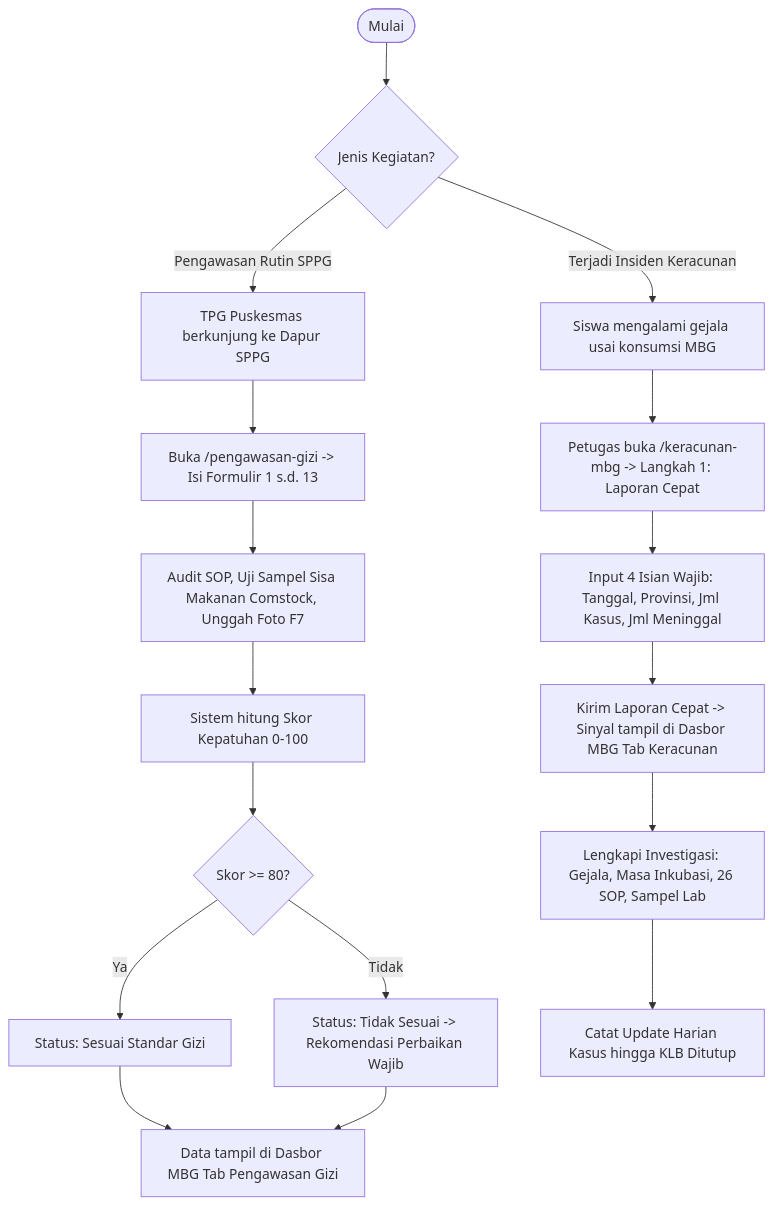
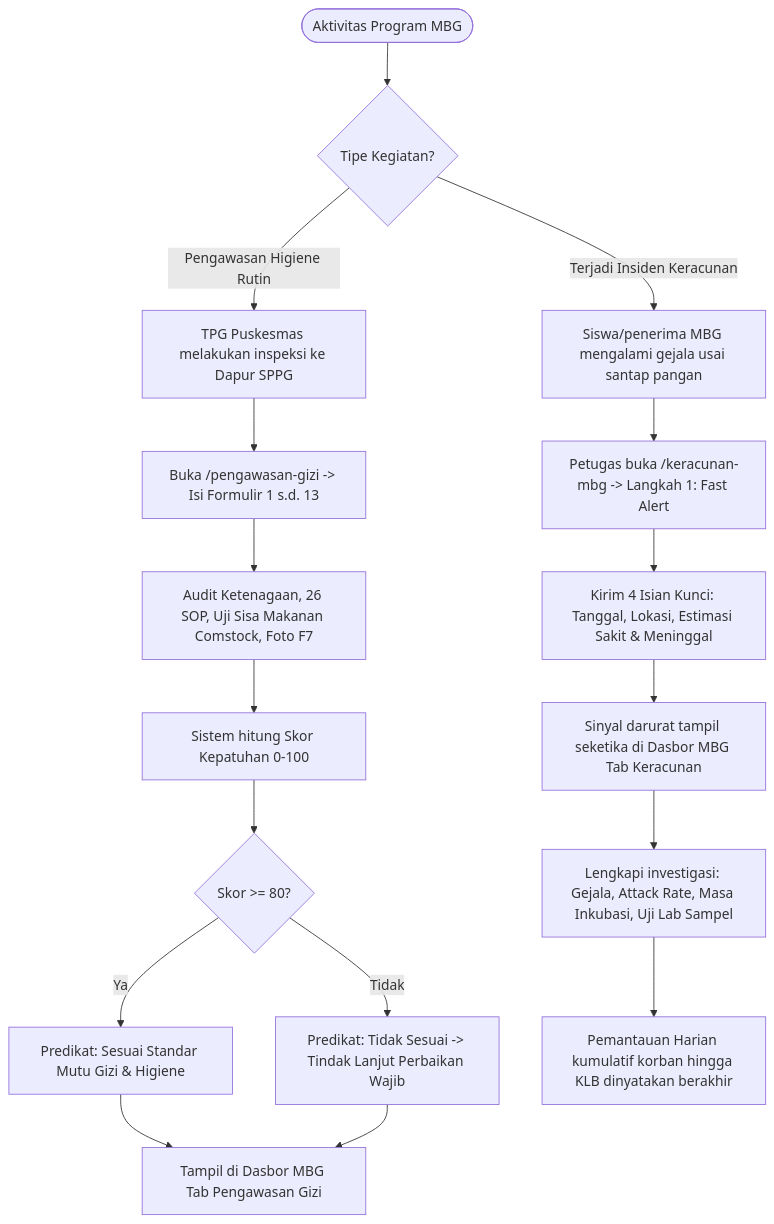
The fifth of 7 diagrams in docs/BRD_SRS_FITUR_FORM_DAN_DASBOR.md (cuatiawww/skdr-indonesia), drawn with Mermaid before and after one commit. The commit also changed other lines of this file and 2 other files, not shown here.

Commit message:
docs: perbarui spesifikasi kebutuhan bisnis dan sistem (BRD/SRS) versi 2.0

````diff
--- a/docs/BRD_SRS_FITUR_FORM_DAN_DASBOR.md
+++ b/docs/BRD_SRS_FITUR_FORM_DAN_DASBOR.md
@@ -460,20 +375,20 @@
 ```mermaid
 flowchart TD
-    Start([Mulai]) --> RoutineCheck{Jenis Kegiatan?}
+    Start([Aktivitas Program MBG]) --> BranchCheck{Tipe Kegiatan?}
     
-    RoutineCheck -- Pengawasan Rutin SPPG --> P1[TPG Puskesmas berkunjung ke Dapur SPPG]
-    P1 --> P2[Buka /pengawasan-gizi -> Isi Formulir 1 s.d. 13]
-    P2 --> P3[Audit SOP, Uji Sampel Sisa Makanan Comstock, Unggah Foto F7]
-    P3 --> P4[Sistem hitung Skor Kepatuhan 0-100]
-    P4 --> P5{Skor >= 80?}
-    P5 -- Ya --> P6[Status: Sesuai Standar Gizi]
-    P5 -- Tidak --> P7[Status: Tidak Sesuai -> Rekomendasi Perbaikan Wajib]
-    P6 & P7 --> P8[Data tampil di Dasbor MBG Tab Pengawasan Gizi]
+    BranchCheck -- Pengawasan Higiene Rutin --> G1[TPG Puskesmas melakukan inspeksi ke Dapur SPPG]
+    G1 --> G2[Buka /pengawasan-gizi -> Isi Formulir 1 s.d. 13]
+    G2 --> G3[Audit Ketenagaan, 26 SOP, Uji Sisa Makanan Comstock, Foto F7]
+    G3 --> G4[Sistem hitung Skor Kepatuhan 0-100]
+    G4 --> G5{Skor >= 80?}
+    G5 -- Ya --> G6[Predikat: Sesuai Standar Mutu Gizi & Higiene]
+    G5 -- Tidak --> G7[Predikat: Tidak Sesuai -> Tindak Lanjut Perbaikan Wajib]
+    G6 & G7 --> G8[Tampil di Dasbor MBG Tab Pengawasan Gizi]
     
-    RoutineCheck -- Terjadi Insiden Keracunan --> K1[Siswa mengalami gejala usai konsumsi MBG]
-    K1 --> K2[Petugas buka /keracunan-mbg -> Langkah 1: Laporan Cepat]
-    K2 --> K3[Input 4 Isian Wajib: Tanggal, Provinsi, Jml Kasus, Jml Meninggal]
-    K3 --> K4[Kirim Laporan Cepat -> Sinyal tampil di Dasbor MBG Tab Keracunan]
-    K4 --> K5[Lengkapi Investigasi: Gejala, Masa Inkubasi, 26 SOP, Sampel Lab]
-    K5 --> K6[Catat Update Harian Kasus hingga KLB Ditutup]
+    BranchCheck -- Terjadi Insiden Keracunan --> K1[Siswa/penerima MBG mengalami gejala usai santap pangan]
+    K1 --> K2[Petugas buka /keracunan-mbg -> Langkah 1: Fast Alert]
+    K2 --> K3[Kirim 4 Isian Kunci: Tanggal, Lokasi, Estimasi Sakit & Meninggal]
+    K3 --> K4[Sinyal darurat tampil seketika di Dasbor MBG Tab Keracunan]
+    K4 --> K5[Lengkapi investigasi: Gejala, Attack Rate, Masa Inkubasi, Uji Lab Sampel]
+    K5 --> K6[Pemantauan Harian kumulatif korban hingga KLB dinyatakan berakhir]
 ```
````
